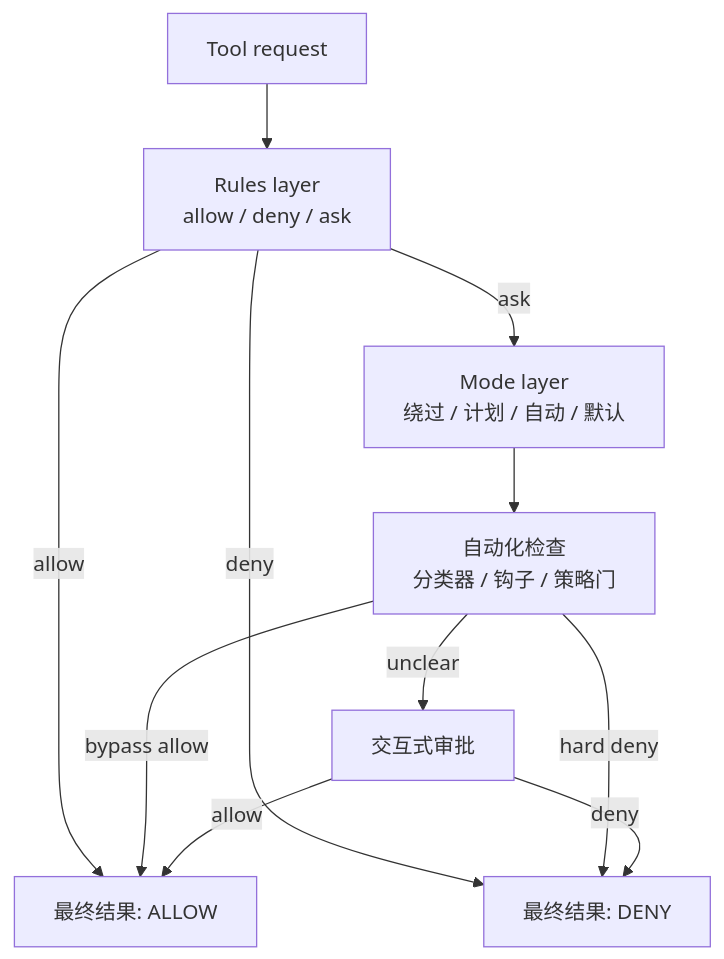
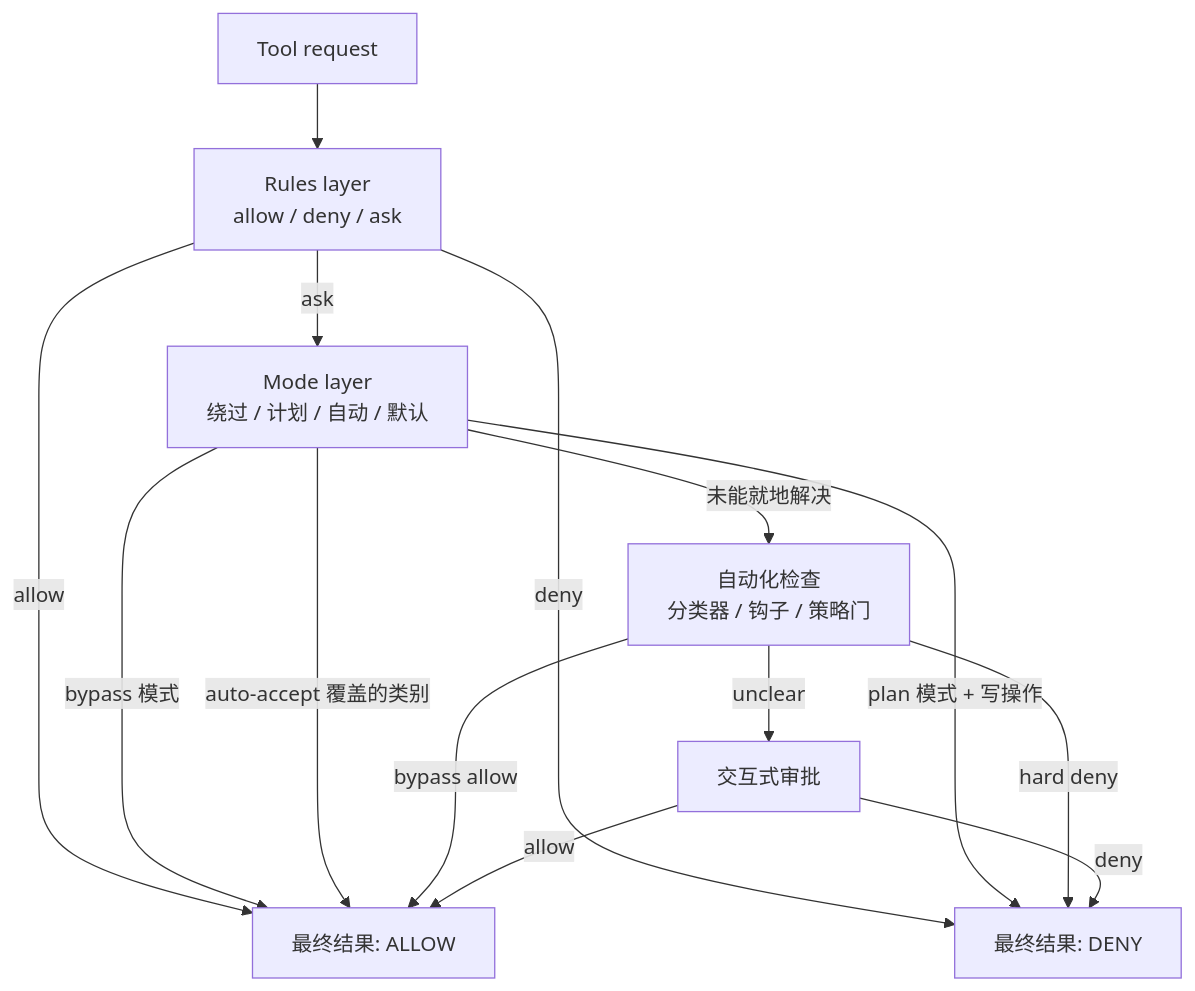
The fifth of 12 diagrams in AI/harness-engineering/book1-claude-code-学习笔记-final.md (pillarliang/study-notes), drawn with Mermaid before and after one commit. The commit also changed other lines of this file and 2 other files, not shown here.

````diff
--- a/AI/harness-engineering/book1-claude-code-学习笔记-final.md
+++ b/AI/harness-engineering/book1-claude-code-学习笔记-final.md
@@ -1512,13 +1514,16 @@
 ```mermaid
 flowchart TD
     A["Tool request"] --> B["Rules layer<br/>allow / deny / ask"]
     B -- allow --> F["最终结果: ALLOW"]
     B -- deny --> G["最终结果: DENY"]
     B -- ask --> C["Mode layer<br/>绕过 / 计划 / 自动 / 默认"]
-    C --> D["自动化检查<br/>分类器 / 钩子 / 策略门"]
+    C -- "bypass 模式" --> F
+    C -- "plan 模式 + 写操作" --> G
+    C -- "auto-accept 覆盖的类别" --> F
+    C -- "未能就地解决" --> D["自动化检查<br/>分类器 / 钩子 / 策略门"]
     D -- hard deny --> G
     D -- bypass allow --> F
     D -- unclear --> E["交互式审批"]
     E -- allow --> F
     E -- deny --> G
 ```
````
